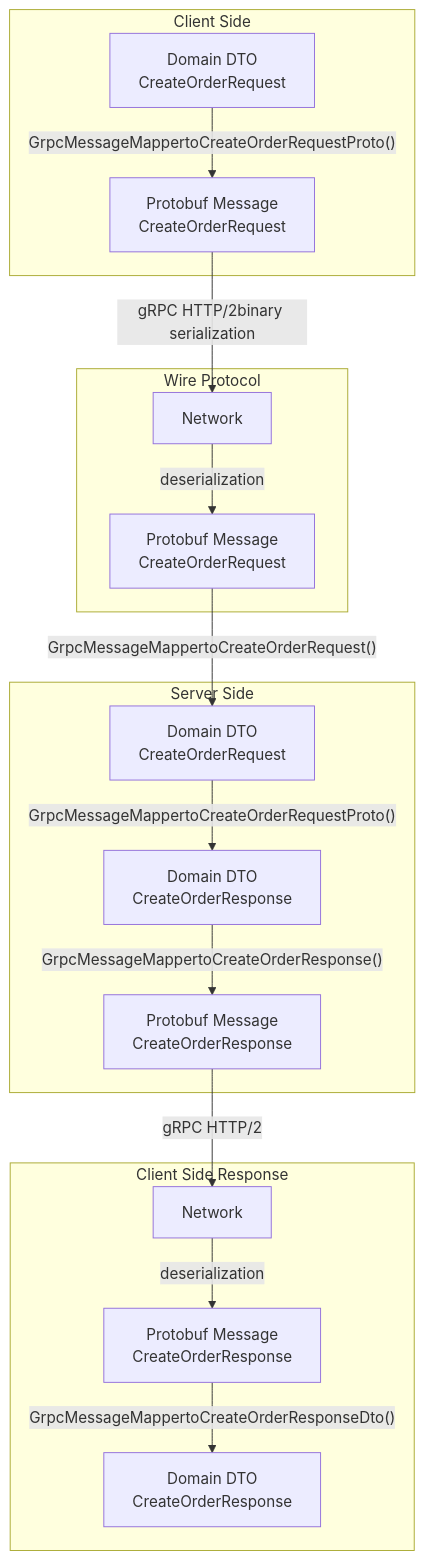
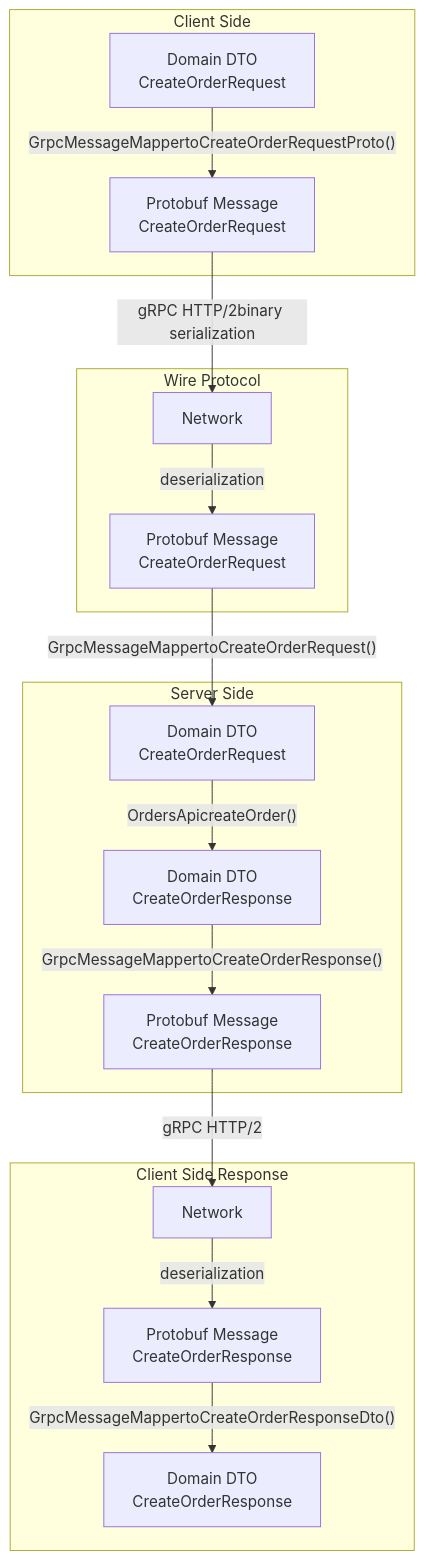
Before and after one commit to philipz/spring-modular-monolith: the fifth of 11 diagrams in docs/deepwiki/gRPC-Infrastructure.md, drawn with Mermaid. The commit also changed other lines of this file and 32 other files, not shown here.

````diff
--- a/docs/deepwiki/gRPC-Infrastructure.md
+++ b/docs/deepwiki/gRPC-Infrastructure.md
@@ -306,46 +306,46 @@
 ```mermaid
 flowchart TD
 
 ClientDTO["Domain DTO<br>CreateOrderRequest"]
 ProtoRequest["Protobuf Message<br>CreateOrderRequest"]
 Wire["Network"]
 ProtoRequestServer["Protobuf Message<br>CreateOrderRequest"]
 ServerDTO["Domain DTO<br>CreateOrderRequest"]
 ResponseDTO["Domain DTO<br>CreateOrderResponse"]
 ProtoResponse["Protobuf Message<br>CreateOrderResponse"]
 Wire2["Network"]
 ProtoResponseClient["Protobuf Message<br>CreateOrderResponse"]
 ClientResponseDTO["Domain DTO<br>CreateOrderResponse"]
 
 ProtoRequest -->|"gRPC HTTP/2binary serialization"| Wire
 ProtoRequestServer -->|"GrpcMessageMappertoCreateOrderRequest()"| ServerDTO
 ProtoResponse -->|"gRPC HTTP/2"| Wire2
 
 subgraph subGraph3 ["Client Side Response"]
     Wire2
     ProtoResponseClient
     ClientResponseDTO
     Wire2 -->|"deserialization"| ProtoResponseClient
     ProtoResponseClient -->|"GrpcMessageMappertoCreateOrderResponseDto()"| ClientResponseDTO
 end
 
 subgraph subGraph2 ["Server Side"]
     ServerDTO
     ResponseDTO
     ProtoResponse
-    ServerDTO -->|"GrpcMessageMappertoCreateOrderRequestProto()"| ResponseDTO
+    ServerDTO -->|"OrdersApicreateOrder()"| ResponseDTO
     ResponseDTO -->|"GrpcMessageMappertoCreateOrderResponse()"| ProtoResponse
 end
 
 subgraph subGraph1 ["Wire Protocol"]
     Wire
     ProtoRequestServer
     Wire -->|"deserialization"| ProtoRequestServer
 end
 
 subgraph subGraph0 ["Client Side"]
     ClientDTO
     ProtoRequest
     ClientDTO -->|"GrpcMessageMappertoCreateOrderRequestProto()"| ProtoRequest
 end
 ```
````
